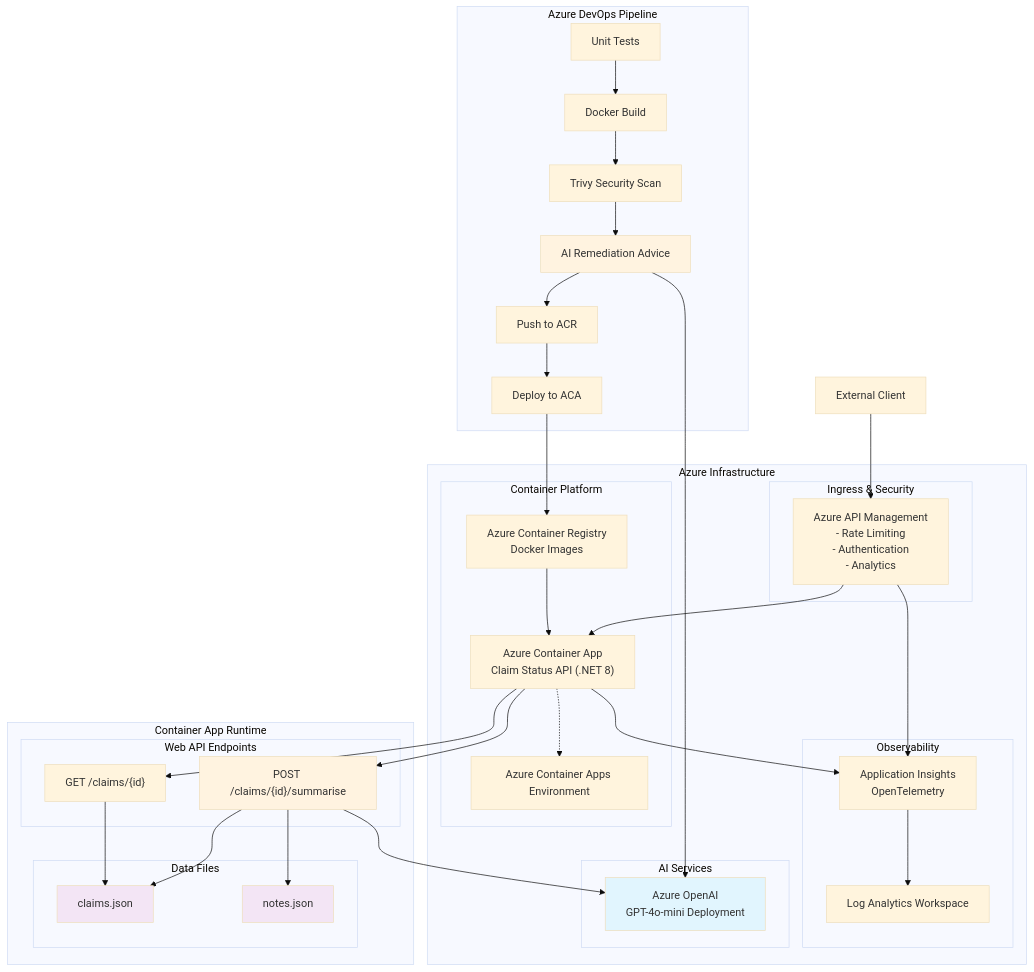
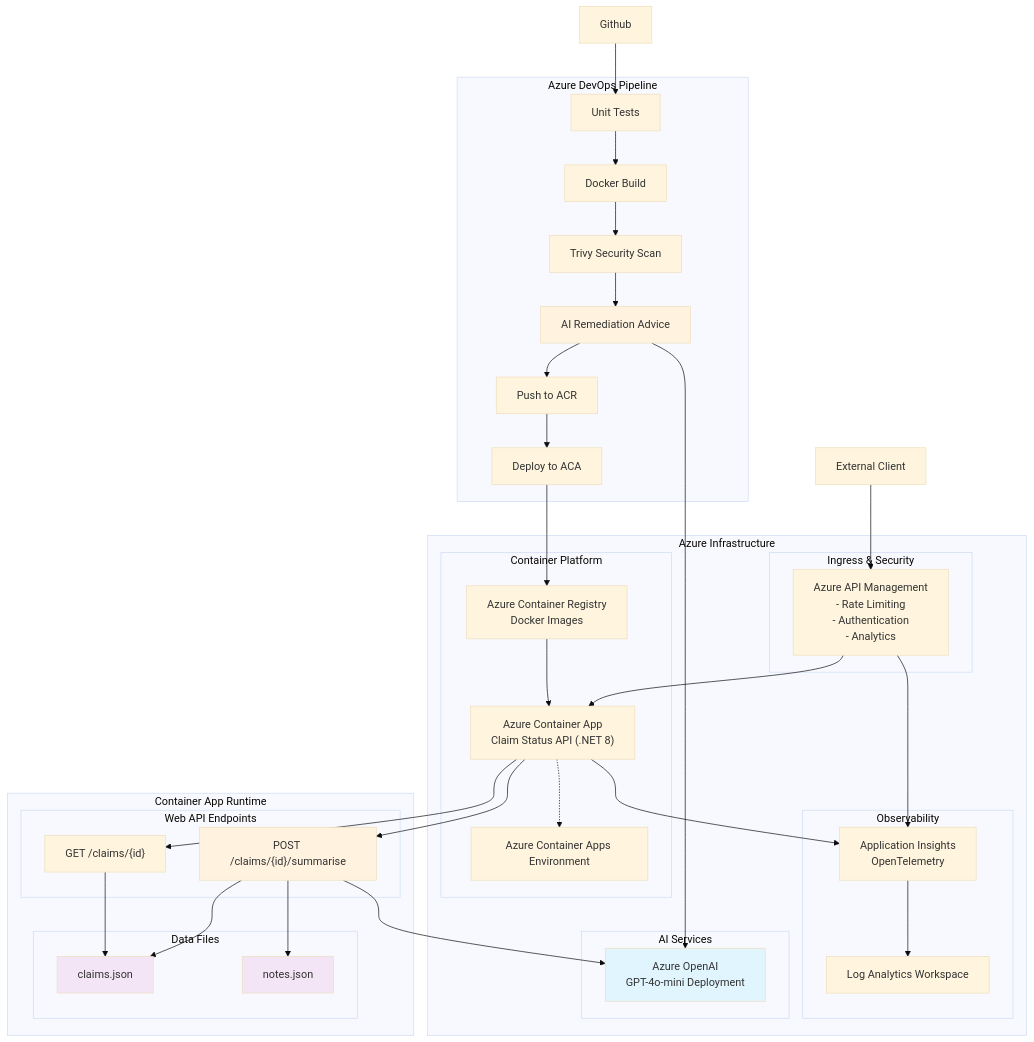
Before and after one commit to chrisabbotthauxwell/claim-status-api: the diagram in README.md, drawn with Mermaid (base theme). The commit also changed other lines of this file and 17 other files, not shown here.

````diff
--- a/README.md
+++ b/README.md
@@ -17,76 +47,77 @@
 ```mermaid
 graph TB
     subgraph "Azure DevOps Pipeline"
         UT["Unit Tests"]
         BUILD["Docker Build"]
         TRIVY["Trivy Security Scan"]
         AI_ADVICE["AI Remediation Advice"]
         PUSH["Push to ACR"]
         DEPLOY["Deploy to ACA"]
         
         UT --> BUILD
         BUILD --> TRIVY
         TRIVY --> AI_ADVICE
         AI_ADVICE --> PUSH
         PUSH --> DEPLOY
     end
 
     subgraph "Azure Infrastructure"
         subgraph "Ingress & Security"
             APIM["Azure API Management<br/>- Rate Limiting<br/>- Authentication<br/>- Analytics"]
         end
         
         subgraph "Container Platform"
             ACR["Azure Container Registry<br/>Docker Images"]
             ACAE["Azure Container Apps Environment"]
             ACA["Azure Container App<br/>Claim Status API (.NET 8)"]
         end
         
         subgraph "AI Services"
             AOAI["Azure OpenAI<br/>GPT-4o-mini Deployment"]
         end
         
         subgraph "Observability"
             AI["Application Insights<br/>OpenTelemetry"]
             LAW["Log Analytics Workspace"]
         end
     end
 
     subgraph "Container App Runtime"
         subgraph "Web API Endpoints"
             GET["GET /claims/{id}"]
             POST["POST /claims/{id}/summarise"]
         end
         
         subgraph "Data Files"
             CLAIMS["claims.json"]
             NOTES["notes.json"]
         end
         
         GET --> CLAIMS
         POST --> CLAIMS
         POST --> NOTES
         POST --> AOAI
     end
 
     CLIENT["External Client"] --> APIM
     APIM --> ACA
     ACA --> GET
     ACA --> POST
     
+    SOURCE["Github"] --> UT
     DEPLOY --> ACR
     ACR --> ACA
     ACA -.-> ACAE
     
     AI_ADVICE --> AOAI
     
     ACA --> AI
     APIM --> AI
     AI --> LAW
     
     style AOAI fill:#e1f5fe
     style AI_ADVICE fill:#fff3e0
     style POST fill:#fff3e0
     style CLAIMS fill:#f3e5f5
     style NOTES fill:#f3e5f5
 ```
````
